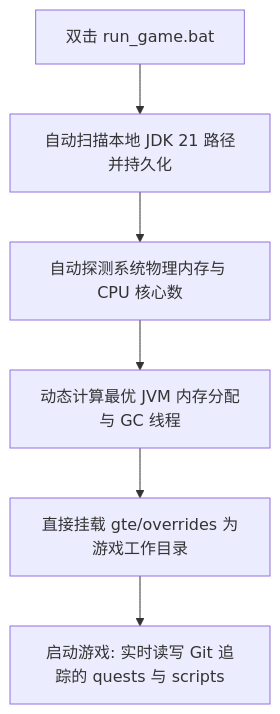
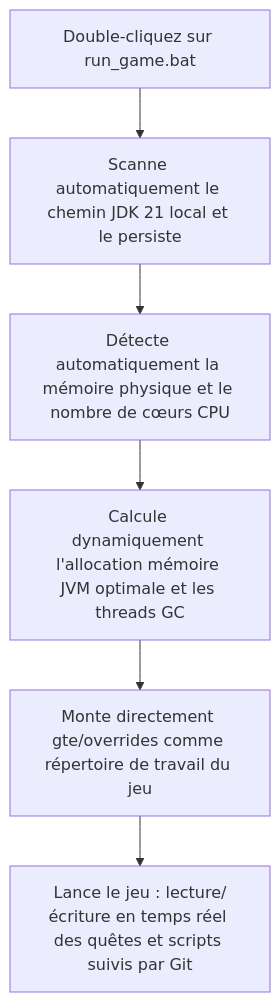
The diagram in docs/fr/development/runtime-and-launchers.md (takanashisatou/GregtechEasy), drawn with Mermaid before and after one commit. The commit also changed other lines of this file and 138 other files, not shown here.

````diff
--- a/docs/fr/development/runtime-and-launchers.md
+++ b/docs/fr/development/runtime-and-launchers.md
@@ -11,8 +11,8 @@
 ```mermaid
 graph TD
-    A[双击 run_game.bat] --> B[自动扫描本地 JDK 21 路径并持久化]
-    B --> C[自动探测系统物理内存与 CPU 核心数]
-    C --> D[动态计算最优 JVM 内存分配与 GC 线程]
-    D --> E[直接挂载 gte/overrides 为游戏工作目录]
-    E --> F[启动游戏: 实时读写 Git 追踪的 quests 与 scripts]
+    A[Double-cliquez sur run_game.bat] --> B[Scanne automatiquement le chemin JDK 21 local et le persiste]
+    B --> C[Détecte automatiquement la mémoire physique et le nombre de cœurs CPU]
+    C --> D[Calcule dynamiquement l'allocation mémoire JVM optimale et les threads GC]
+    D --> E[Monte directement gte/overrides comme répertoire de travail du jeu]
+    E --> F[Lance le jeu : lecture/écriture en temps réel des quêtes et scripts suivis par Git]
 ```
````
